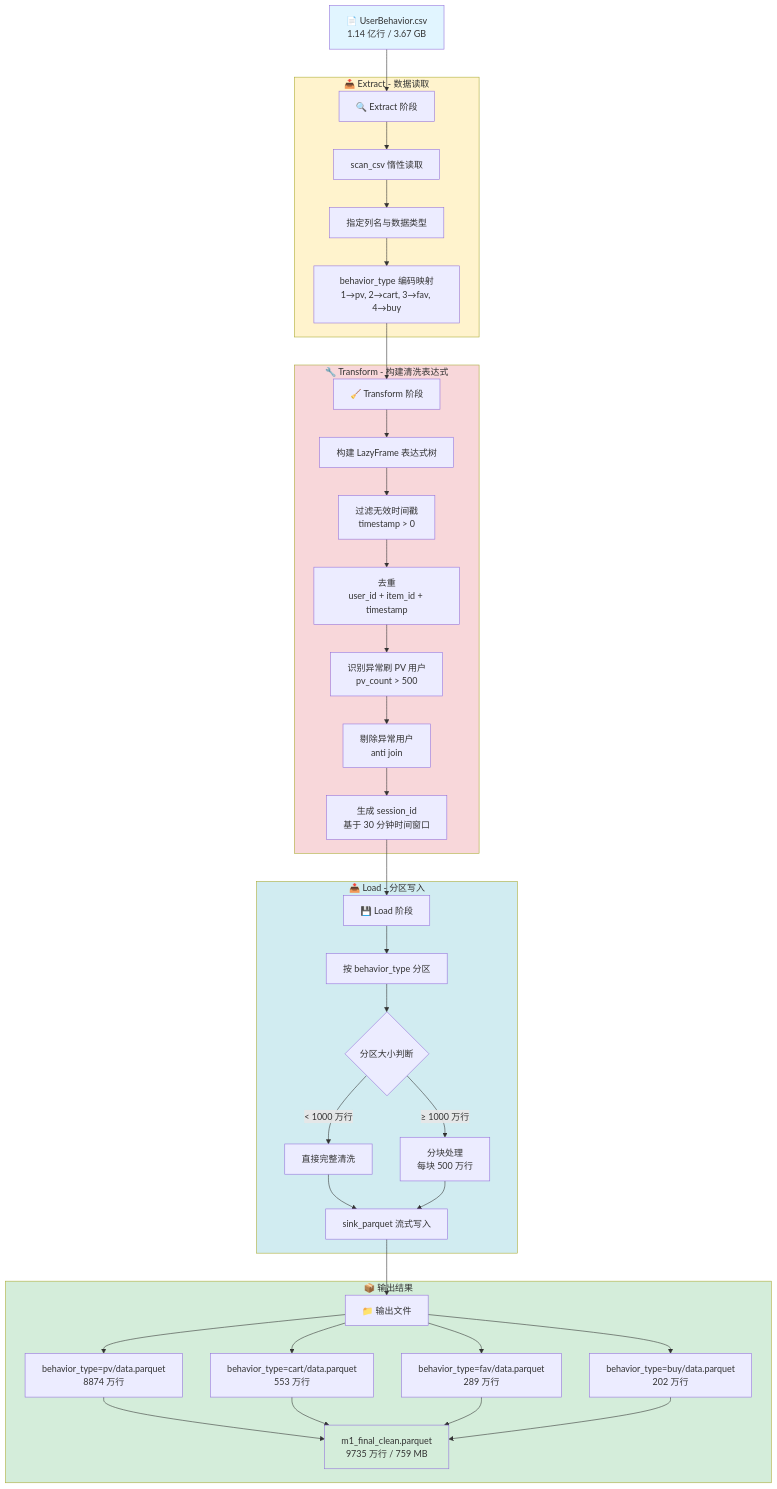
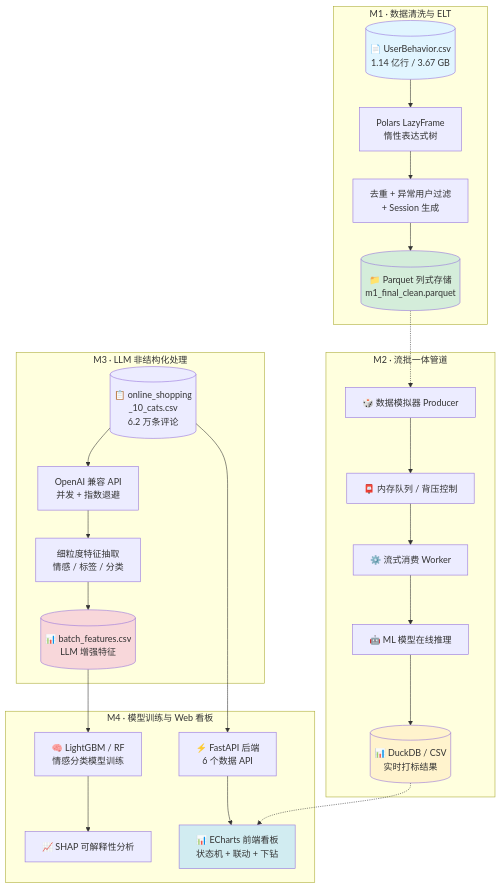
One commit to Liushuangsanjin825/bigdata-4 changed the diagram in README.md. Above: the diagram before and after it, drawn with Mermaid. The commit also changed other lines of this file and 7 other files, not shown here.

````diff
--- a/README.md
+++ b/README.md
@@ -38,49 +24,37 @@
 ```mermaid
 graph TB
-    A[📄 UserBehavior.csv<br/>1.14 亿行 / 3.67 GB] --> B[🔍 Extract 阶段]
-    
-    subgraph Extract ["📥 Extract - 数据读取"]
-        B --> B1[scan_csv 惰性读取]
-        B1 --> B2[指定列名与数据类型]
-        B2 --> B3[behavior_type 编码映射<br/>1→pv, 2→cart, 3→fav, 4→buy]
+    subgraph M1["M1 · 数据清洗与 ELT"]
+        A[("📄 UserBehavior.csv<br/>1.14 亿行 / 3.67 GB")] --> B["Polars LazyFrame<br/>惰性表达式树"]
+        B --> C["去重 + 异常用户过滤<br/>+ Session 生成"]
+        C --> D[("📁 Parquet 列式存储<br/>m1_final_clean.parquet")]
     end
-    
-    B3 --> C[🧹 Transform 阶段]
-    
-    subgraph Transform ["🔧 Transform - 构建清洗表达式"]
-        C --> C1[构建 LazyFrame 表达式树]
-        C1 --> C2[过滤无效时间戳<br/>timestamp > 0]
-        C2 --> C3[去重<br/>user_id + item_id + timestamp]
-        C3 --> C4[识别异常刷 PV 用户<br/>pv_count > 500]
-        C4 --> C5[剔除异常用户<br/>anti join]
-        C5 --> C6[生成 session_id<br/>基于 30 分钟时间窗口]
+
+    subgraph M2["M2 · 流批一体管道"]
+        E["🎲 数据模拟器 Producer"] --> F["📮 内存队列 / 背压控制"]
+        F --> G["⚙️ 流式消费 Worker"]
+        G --> H["🤖 ML 模型在线推理"]
+        H --> I[("📊 DuckDB / CSV<br/>实时打标结果")]
     end
-    
-    C6 --> D[💾 Load 阶段]
-    
-    subgraph Load ["📤 Load - 分区写入"]
-        D --> D1[按 behavior_type 分区]
-        D1 --> D2{分区大小判断}
-        D2 -->|< 1000 万行| D3[直接完整清洗]
-        D2 -->|≥ 1000 万行| D4[分块处理<br/>每块 500 万行]
-        D3 --> D5[sink_parquet 流式写入]
-        D4 --> D5
+
+    subgraph M3["M3 · LLM 非结构化处理"]
+        J[("📋 online_shopping<br/>_10_cats.csv<br/>6.2 万条评论")] --> K["OpenAI 兼容 API<br/>并发 + 指数退避"]
+        K --> L["细粒度特征抽取<br/>情感 / 标签 / 分类"]
+        L --> M[("📊 batch_features.csv<br/>LLM 增强特征")]
     end
-    
-    D5 --> E[📁 输出文件]
-    
-    subgraph Output ["📦 输出结果"]
-        E --> E1[behavior_type=pv/data.parquet<br/>8874 万行]
-        E --> E2[behavior_type=cart/data.parquet<br/>553 万行]
-        E --> E3[behavior_type=fav/data.parquet<br/>289 万行]
-        E --> E4[behavior_type=buy/data.parquet<br/>202 万行]
-        E1 & E2 & E3 & E4 --> E5[m1_final_clean.parquet<br/>9735 万行 / 759 MB]
+
+    subgraph M4["M4 · 模型训练与 Web 看板"]
+        N["🧠 LightGBM / RF<br/>情感分类模型训练"] --> O["📈 SHAP 可解释性分析"]
+        M --> N
+        P["⚡ FastAPI 后端<br/>6 个数据 API"] --> Q["📊 ECharts 前端看板<br/>状态机 + 联动 + 下钻"]
+        J --> P
     end
-    
+
+    D -.-> E
+    I -.-> Q
+
     style A fill:#e1f5ff
-    style E5 fill:#d4edda
-    style Extract fill:#fff3cd
-    style Transform fill:#f8d7da
-    style Load fill:#d1ecf1
-    style Output fill:#d4edda
+    style D fill:#d4edda
+    style I fill:#fff3cd
+    style M fill:#f8d7da
+    style Q fill:#d1ecf1
 ```
````
